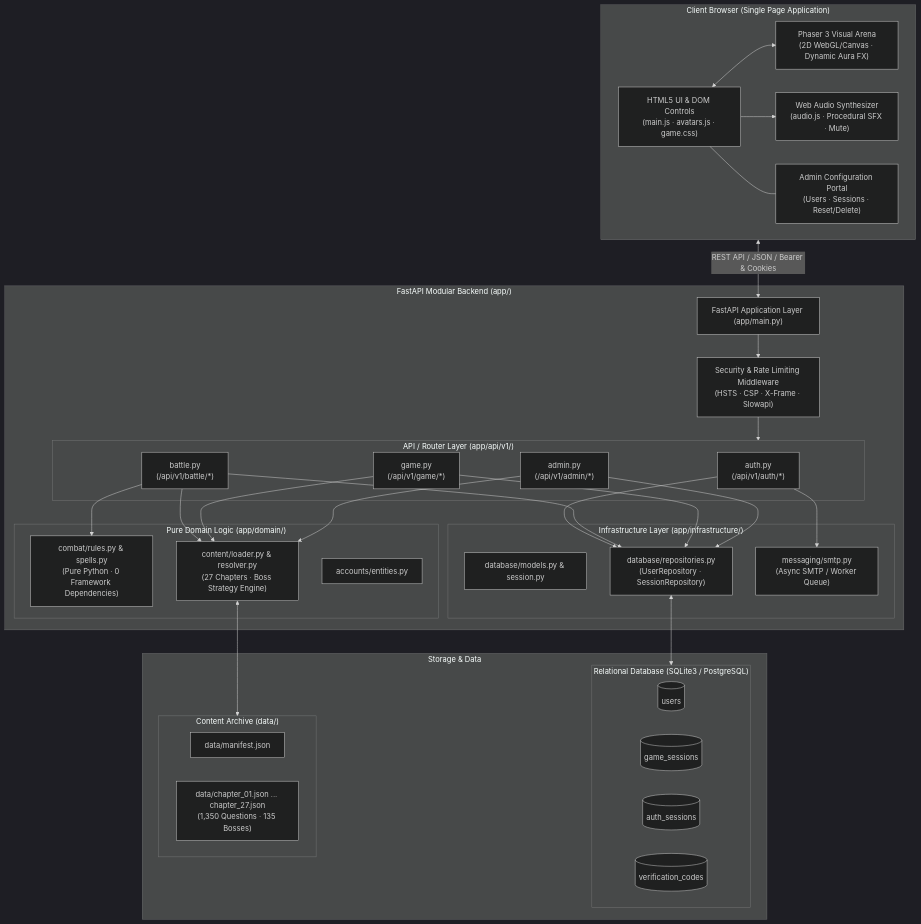
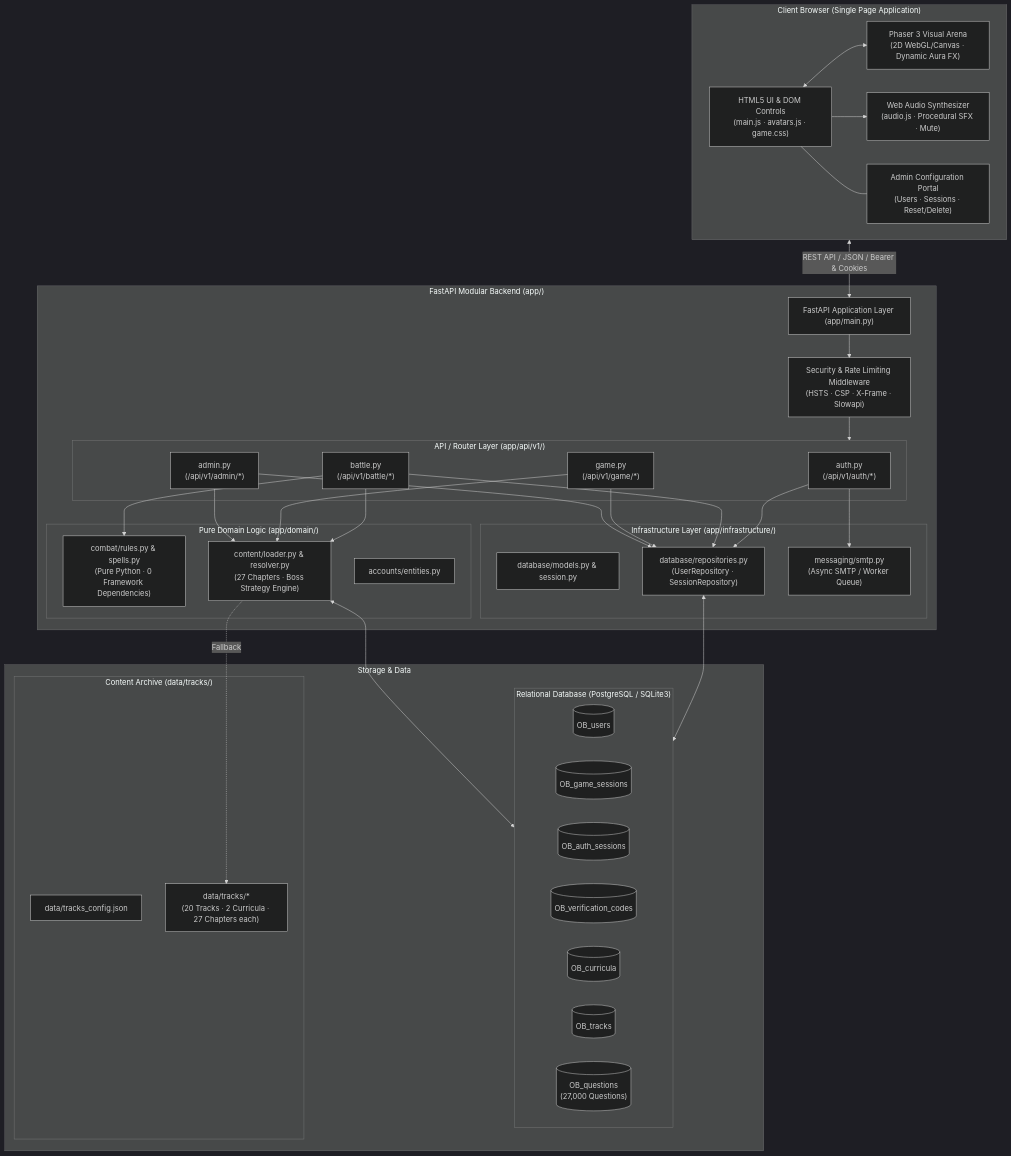
The first of 4 diagrams in README.md (DKxi/OrganicBattlesProductionUpgrade), drawn with Mermaid (dark theme) before and after one commit. The commit also changed other lines of this file and 3 other files, not shown here.

````diff
--- a/README.md
+++ b/README.md
@@ -9,60 +9,64 @@
 ```mermaid
 flowchart TB
     subgraph Client["Client Browser (Single Page Application)"]
         UI["HTML5 UI & DOM Controls<br/>(main.js · avatars.js · game.css)"]
         Phaser["Phaser 3 Visual Arena<br/>(2D WebGL/Canvas · Dynamic Aura FX)"]
         AudioEngine["Web Audio Synthesizer<br/>(audio.js · Procedural SFX · Mute)"]
         AdminUI["Admin Configuration Portal<br/>(Users · Sessions · Reset/Delete)"]
         UI <--> Phaser
         UI --> AudioEngine
         UI --- AdminUI
     end
 
     subgraph Server["FastAPI Modular Backend (app/)"]
         Router["FastAPI Application Layer (app/main.py)"]
         SecurityMW["Security & Rate Limiting Middleware<br/>(HSTS · CSP · X-Frame · Slowapi)"]
         
         subgraph APILayer["API / Router Layer (app/api/v1/)"]
             AuthRouter["auth.py<br/>(/api/v1/auth/*)"]
             BattleRouter["battle.py<br/>(/api/v1/battle/*)"]
             GameRouter["game.py<br/>(/api/v1/game/*)"]
             AdminRouter["admin.py<br/>(/api/v1/admin/*)"]
         end
 
         subgraph DomainLayer["Pure Domain Logic (app/domain/)"]
             CombatRules["combat/rules.py & spells.py<br/>(Pure Python · 0 Framework Dependencies)"]
             ContentEngine["content/loader.py & resolver.py<br/>(27 Chapters · Boss Strategy Engine)"]
             AccountRules["accounts/entities.py"]
         end
 
         subgraph InfraLayer["Infrastructure Layer (app/infrastructure/)"]
             DBModels["database/models.py & session.py"]
             Repositories["database/repositories.py<br/>(UserRepository · SessionRepository)"]
             EmailService["messaging/smtp.py<br/>(Async SMTP / Worker Queue)"]
         end
 
         Router --> SecurityMW --> APILayer
         AuthRouter --> Repositories & EmailService
         BattleRouter --> CombatRules & Repositories & ContentEngine
         GameRouter --> ContentEngine & Repositories
         AdminRouter --> Repositories & ContentEngine
     end
 
     subgraph Persistence["Storage & Data"]
-        subgraph DB["Relational Database (SQLite3 / PostgreSQL)"]
-            UsersTable[("users")]
-            SessionsTable[("game_sessions")]
-            AuthTable[("auth_sessions")]
-            OTPTable[("verification_codes")]
+        subgraph DB["Relational Database (PostgreSQL / SQLite3)"]
+            UsersTable[("OB_users")]
+            SessionsTable[("OB_game_sessions")]
+            AuthTable[("OB_auth_sessions")]
+            OTPTable[("OB_verification_codes")]
+            CurriculaTable[("OB_curricula")]
+            TracksTable[("OB_tracks")]
+            QuestionsTable[("OB_questions<br/>(27,000 Questions)")]
         end
 
-        subgraph ContentFiles["Content Archive (data/)"]
-            ManifestFile["data/manifest.json"]
-            ChapterJSONs["data/chapter_01.json ... chapter_27.json<br/>(1,350 Questions · 135 Bosses)"]
+        subgraph ContentFiles["Content Archive (data/tracks/)"]
+            ConfigJSON["data/tracks_config.json"]
+            TrackDirs["data/tracks/*<br/>(20 Tracks · 2 Curricula · 27 Chapters each)"]
         end
     end
 
     Client <-->|"REST API / JSON / Bearer & Cookies"| Router
     Repositories <--> DB
-    ContentEngine <--> ContentFiles
+    ContentEngine <--> DB
+    ContentEngine -.->|"Fallback"| TrackDirs
 ```
````
